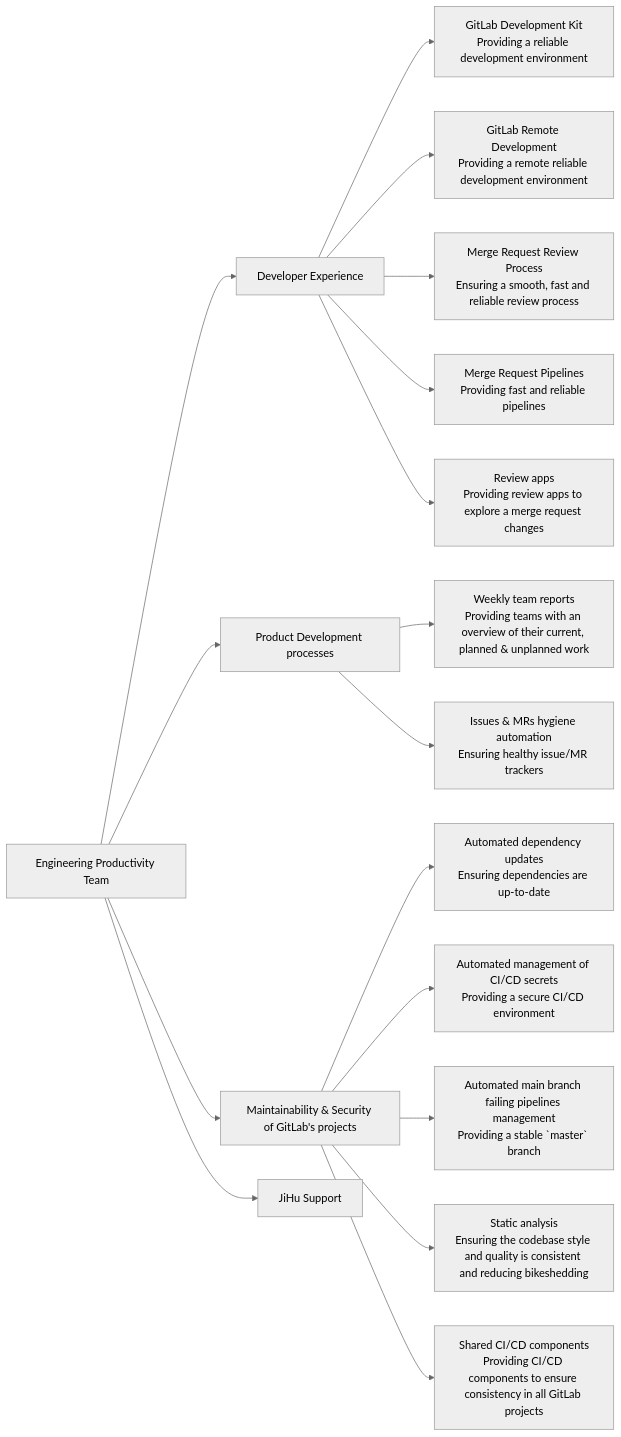
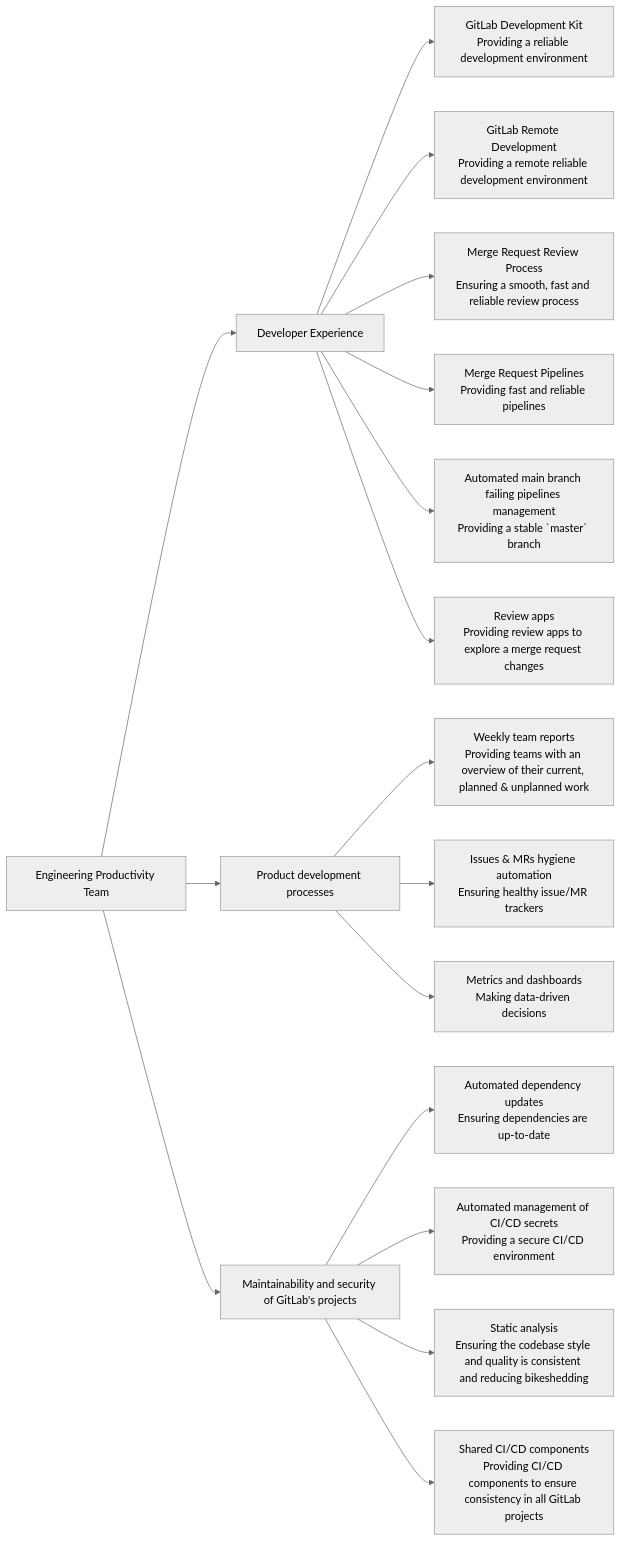
The diagram in content/handbook/engineering/infrastructure/engineering-productivity/_index.md (moliver28/research-handbook), drawn with Mermaid (neutral theme) before and after one commit. The commit also changed other lines of this file, not shown here.

Commit message:
Improve a bit the format, include JiHu in the vision, and mention metrics and dashboards

````diff
--- a/content/handbook/engineering/infrastructure/engineering-productivity/_index.md
+++ b/content/handbook/engineering/infrastructure/engineering-productivity/_index.md
@@ -46,37 +47,36 @@
 ```mermaid
 graph LR
     A[Engineering Productivity Team]
 
     A --> C[Developer Experience]
     C --> C1[GitLab Development Kit<br>Providing a reliable development environment]
     click C1 "https://gitlab.com/groups/gitlab-org/quality/engineering-productivity/-/epics/31"
     C --> C2[GitLab Remote Development<br>Providing a remote reliable development environment]
     click C2 "https://gitlab.com/groups/gitlab-org/quality/engineering-productivity/-/epics/31"
     C --> C3[Merge Request Review Process<br>Ensuring a smooth, fast and reliable review process]
     click C3 "https://gitlab.com/groups/gitlab-org/quality/engineering-productivity/-/epics/34"
     C --> C4[Merge Request Pipelines<br>Providing fast and reliable pipelines]
     click C4 "https://gitlab.com/groups/gitlab-org/quality/engineering-productivity/-/epics/28"
-    C --> C5[Review apps<br>Providing review apps to explore a merge request changes]
-    click C5 "https://gitlab.com/groups/gitlab-org/quality/engineering-productivity/-/epics/33"
+    C --> C5[Automated main branch failing pipelines management<br>Providing a stable `master` branch]
+    click C5 "https://gitlab.com/groups/gitlab-org/quality/engineering-productivity/-/epics/30"
+    C --> C6[Review apps<br>Providing review apps to explore a merge request changes]
+    click C6 "https://gitlab.com/groups/gitlab-org/quality/engineering-productivity/-/epics/33"
 
-    A --> B[Product Development processes]
+    A --> B[Product development processes]
     B --> B1[Weekly team reports<br>Providing teams with an overview of their current, planned & unplanned work]
     click B1 "https://gitlab.com/groups/gitlab-org/quality/engineering-productivity/-/epics/32"
     B --> B2[Issues & MRs hygiene automation<br>Ensuring healthy issue/MR trackers]
     click B2 "https://gitlab.com/groups/gitlab-org/quality/engineering-productivity/-/epics/32"
+    B --> B3[Metrics and dashboards<br>Making data-driven decisions]
+    click B3 "https://gitlab.com/groups/gitlab-org/quality/engineering-productivity/-/epics/36"
 
-    A --> D[Maintainability & Security of GitLab's projects]
+    A --> D[Maintainability and security of GitLab's projects]
     D --> D1[Automated dependency updates<br>Ensuring dependencies are up-to-date]
     click D1 "https://gitlab.com/groups/gitlab-org/quality/engineering-productivity/-/epics/40"
     D --> D2[Automated management of CI/CD secrets<br>Providing a secure CI/CD environment]
     click D2 "https://gitlab.com/groups/gitlab-org/quality/engineering-productivity/-/epics/46"
-    D --> D3[Automated main branch failing pipelines management<br>Providing a stable `master` branch]
-    click D3 "https://gitlab.com/groups/gitlab-org/quality/engineering-productivity/-/epics/30"
-    D --> D4[Static analysis<br>Ensuring the codebase style and quality is consistent and reducing bikeshedding]
-    click D4 "https://gitlab.com/groups/gitlab-org/quality/engineering-productivity/-/epics/38"
-    D --> D5[Shared CI/CD components<br>Providing CI/CD components to ensure consistency in all GitLab projects]
+    D --> D3[Static analysis<br>Ensuring the codebase style and quality is consistent and reducing bikeshedding]
+    click D3 "https://gitlab.com/groups/gitlab-org/quality/engineering-productivity/-/epics/38"
+    D --> D4[Shared CI/CD components<br>Providing CI/CD components to ensure consistency in all GitLab projects]
     click D5 "https://gitlab.com/groups/gitlab-org/quality/engineering-productivity/-/epics/41"
-
-    A --> G[JiHu Support]
-    click G "https://gitlab.com/groups/gitlab-org/quality/engineering-productivity/-/epics/35"
 ```
````
